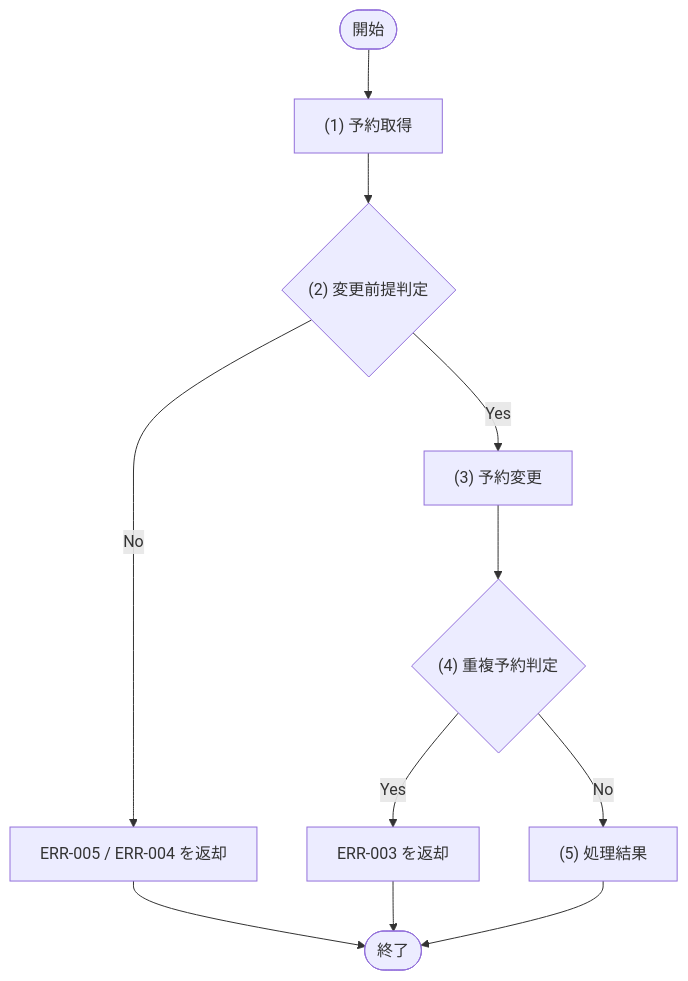
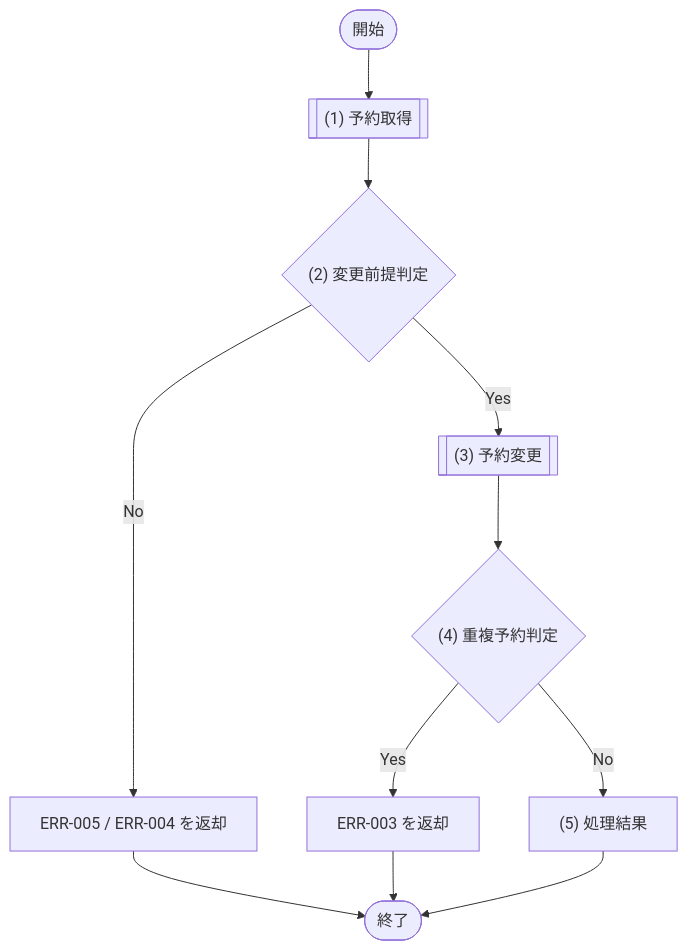
Before and after one commit to sikakou54/system-document-template: the diagram in docs/03_機能設計/03_API設計/API-004_予約変更.md, drawn with Mermaid. The commit also changed 28 other files, not shown here.

````diff
--- a/docs/03_機能設計/03_API設計/API-004_予約変更.md
+++ b/docs/03_機能設計/03_API設計/API-004_予約変更.md
@@ -43,18 +43,18 @@
 ```mermaid
 flowchart TD
   Start([開始])
-  P1["(1) 予約取得"]
+  P1[["(1) 予約取得"]]
   D1{"(2) 変更前提判定"}
   E1["ERR-005 / ERR-004 を返却"]
-  P2["(3) 予約変更"]
+  P2[["(3) 予約変更"]]
   D2{"(4) 重複予約判定"}
   E2["ERR-003 を返却"]
   P3["(5) 処理結果"]
   End([終了])
 
   Start --> P1 --> D1
   D1 -- "No" --> E1 --> End
   D1 -- "Yes" --> P2 --> D2
   D2 -- "Yes" --> E2 --> End
   D2 -- "No" --> P3 --> End
 ```
````
